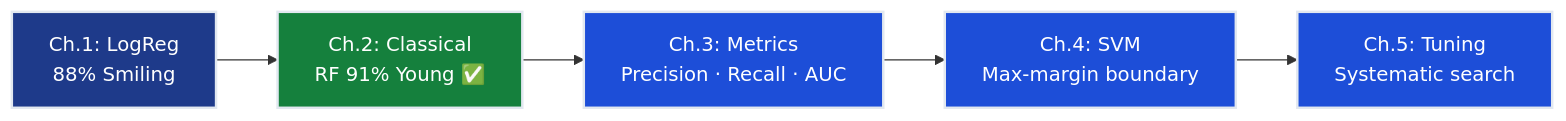
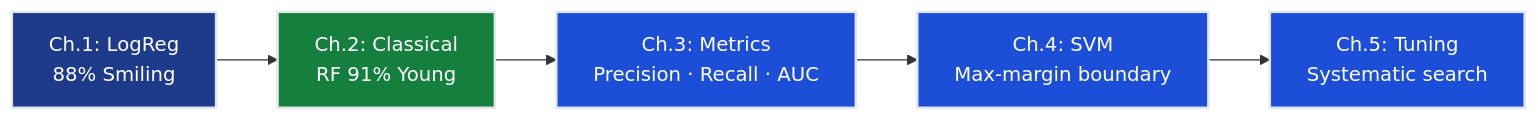
Before and after one commit to dsgouda7/ai-portfolio: the first of 3 diagrams in notes/01-ml/02-classification/ch02_classical_classifiers/README.md, drawn with Mermaid. The commit also changed other lines of this file and 179 other files, not shown here.

````diff
--- a/notes/01-ml/02-classification/ch02_classical_classifiers/README.md
+++ b/notes/01-ml/02-classification/ch02_classical_classifiers/README.md
@@ -50,12 +50,12 @@
 ```mermaid
 graph LR
-    A["Ch.1: LogReg<br/>88% Smiling"] --> B["Ch.2: Classical<br/>RF 91% Young ✅"]
-    B --> C["Ch.3: Metrics<br/>Precision · Recall · AUC"]
-    C --> D["Ch.4: SVM<br/>Max-margin boundary"]
-    D --> E["Ch.5: Tuning<br/>Systematic search"]
-    style A fill:#1e3a8a,stroke:#e2e8f0,stroke-width:2px,color:#ffffff
-    style B fill:#15803d,stroke:#e2e8f0,stroke-width:2px,color:#ffffff
-    style C fill:#1d4ed8,stroke:#e2e8f0,stroke-width:2px,color:#ffffff
-    style D fill:#1d4ed8,stroke:#e2e8f0,stroke-width:2px,color:#ffffff
-    style E fill:#1d4ed8,stroke:#e2e8f0,stroke-width:2px,color:#ffffff
+ A["Ch.1: LogReg<br/>88% Smiling"] --> B["Ch.2: Classical<br/>RF 91% Young "]
+ B --> C["Ch.3: Metrics<br/>Precision · Recall · AUC"]
+ C --> D["Ch.4: SVM<br/>Max-margin boundary"]
+ D --> E["Ch.5: Tuning<br/>Systematic search"]
+ style A fill:#1e3a8a,stroke:#e2e8f0,stroke-width:2px,color:#ffffff
+ style B fill:#15803d,stroke:#e2e8f0,stroke-width:2px,color:#ffffff
+ style C fill:#1d4ed8,stroke:#e2e8f0,stroke-width:2px,color:#ffffff
+ style D fill:#1d4ed8,stroke:#e2e8f0,stroke-width:2px,color:#ffffff
+ style E fill:#1d4ed8,stroke:#e2e8f0,stroke-width:2px,color:#ffffff
 ```
````
